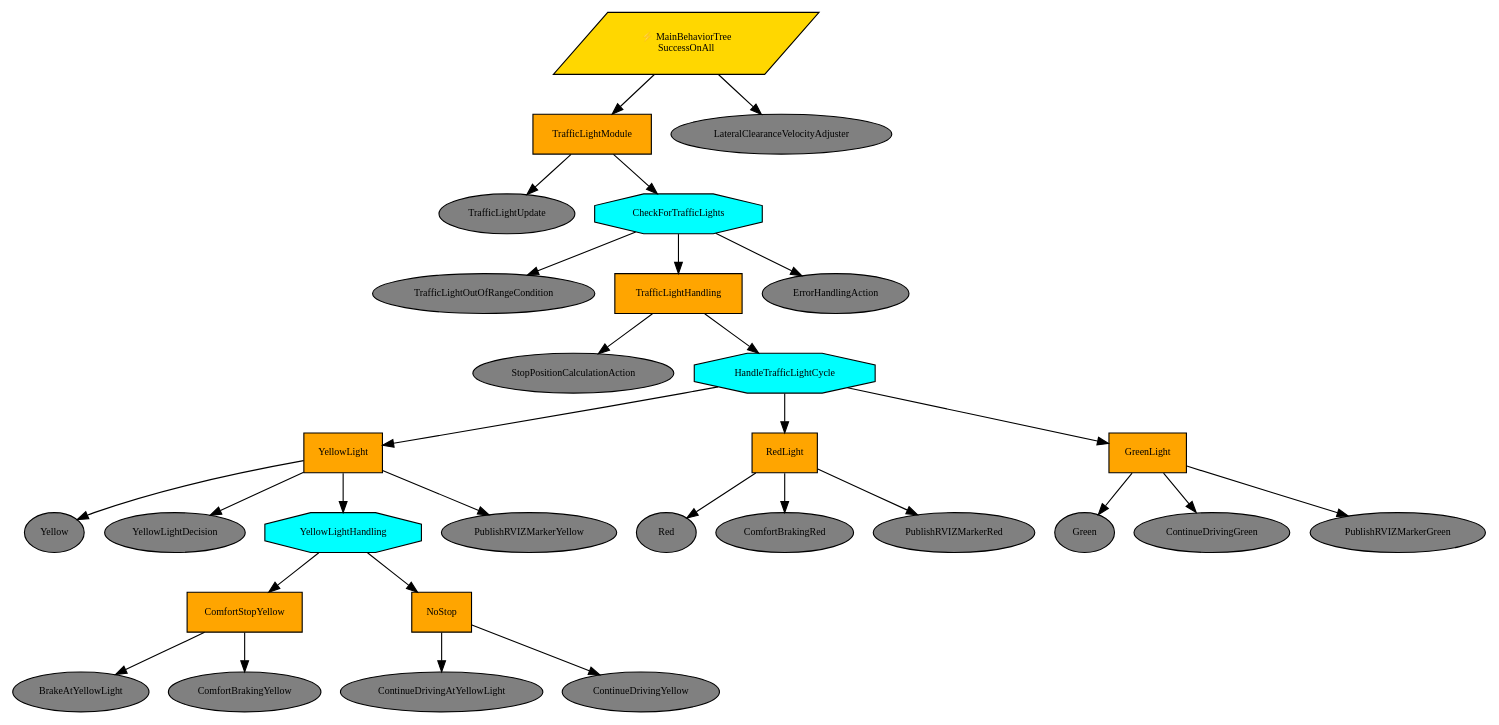
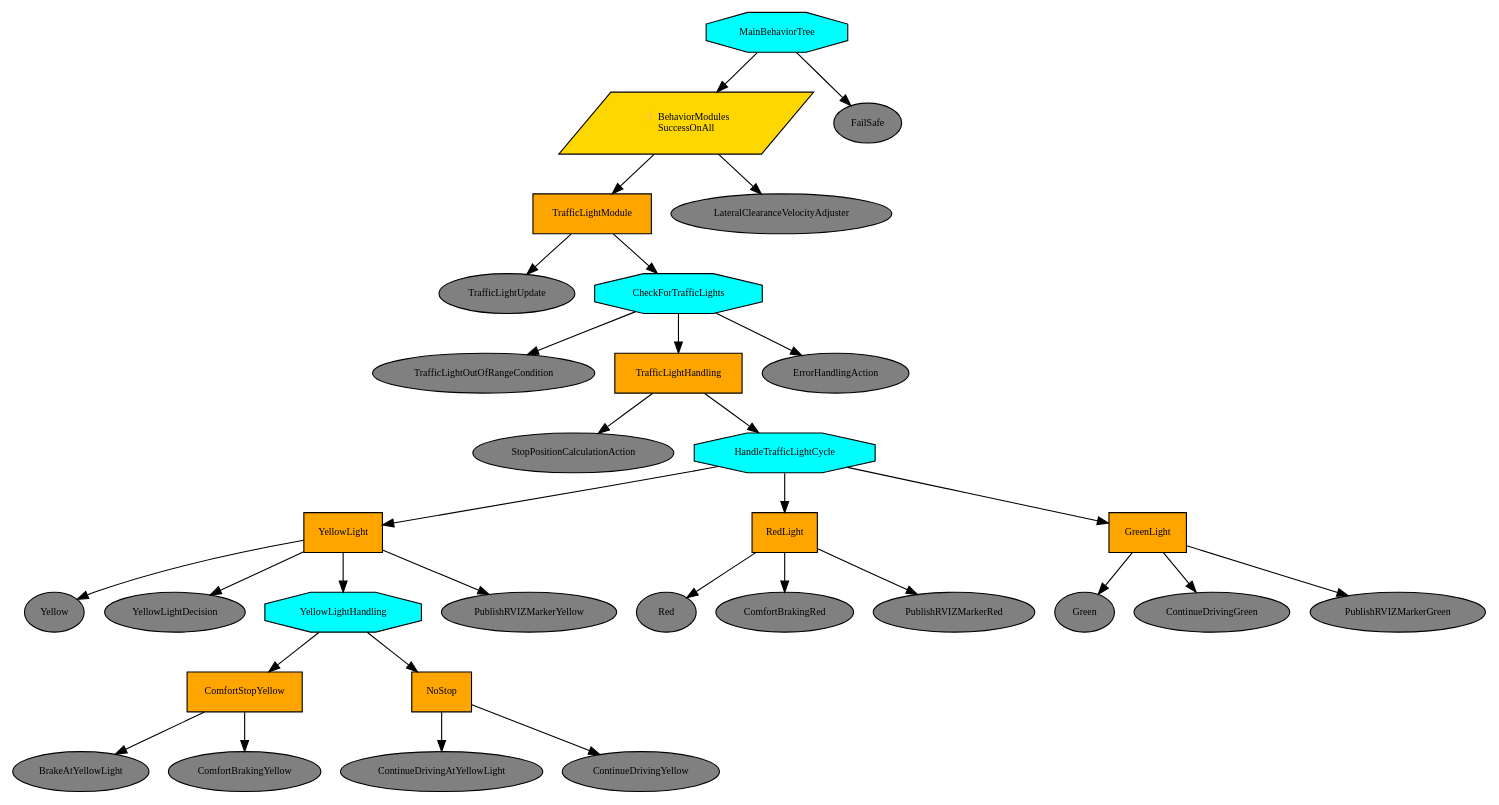
The diagram in src/cr2autoware/cr2autoware/interfaces/implementation/behavior_tree/output/behavior_tree/behavior_tree.dot (CommonRoad/commonroad-autoware-interface), drawn with Graphviz before and after one commit. The commit also changed 12 other files, not shown here.

Commit message:
add InteractiveFailSafe state for behavior planning

```diff
--- a/src/cr2autoware/cr2autoware/interfaces/implementation/behavior_tree/output/behavior_tree/behavior_tree.dot
+++ b/src/cr2autoware/cr2autoware/interfaces/implementation/behavior_tree/output/behavior_tree/behavior_tree.dot
@@ -1,63 +1,67 @@
 digraph pastafarianism {
 ordering=out;
 graph [fontname="times-roman"];
 node [fontname="times-roman"];
 edge [fontname="times-roman"];
-MainBehaviorTree [label="⚡ MainBehaviorTree\nSuccessOnAll", shape=parallelogram, style=filled, fillcolor=gold, fontsize=9, fontcolor=black];
+MainBehaviorTree [label=MainBehaviorTree, shape=octagon, style=filled, fillcolor=cyan, fontsize=9, fontcolor=black];
+BehaviorModules [label="⚡ BehaviorModules\nSuccessOnAll", shape=parallelogram, style=filled, fillcolor=gold, fontsize=9, fontcolor=black];
+MainBehaviorTree -> BehaviorModules;
 TrafficLightModule [label=TrafficLightModule, shape=box, style=filled, fillcolor=orange, fontsize=9, fontcolor=black];
-MainBehaviorTree -> TrafficLightModule;
+BehaviorModules -> TrafficLightModule;
 TrafficLightUpdate [label=TrafficLightUpdate, shape=ellipse, style=filled, fillcolor=gray, fontsize=9, fontcolor=black];
 TrafficLightModule -> TrafficLightUpdate;
 CheckForTrafficLights [label=CheckForTrafficLights, shape=octagon, style=filled, fillcolor=cyan, fontsize=9, fontcolor=black];
 TrafficLightModule -> CheckForTrafficLights;
 TrafficLightOutOfRangeCondition [label=TrafficLightOutOfRangeCondition, shape=ellipse, style=filled, fillcolor=gray, fontsize=9, fontcolor=black];
 CheckForTrafficLights -> TrafficLightOutOfRangeCondition;
 TrafficLightHandling [label=TrafficLightHandling, shape=box, style=filled, fillcolor=orange, fontsize=9, fontcolor=black];
 CheckForTrafficLights -> TrafficLightHandling;
 StopPositionCalculationAction [label=StopPositionCalculationAction, shape=ellipse, style=filled, fillcolor=gray, fontsize=9, fontcolor=black];
 TrafficLightHandling -> StopPositionCalculationAction;
 HandleTrafficLightCycle [label=HandleTrafficLightCycle, shape=octagon, style=filled, fillcolor=cyan, fontsize=9, fontcolor=black];
 TrafficLightHandling -> HandleTrafficLightCycle;
 YellowLight [label=YellowLight, shape=box, style=filled, fillcolor=orange, fontsize=9, fontcolor=black];
 HandleTrafficLightCycle -> YellowLight;
 Yellow [label=Yellow, shape=ellipse, style=filled, fillcolor=gray, fontsize=9, fontcolor=black];
 YellowLight -> Yellow;
 YellowLightDecision [label=YellowLightDecision, shape=ellipse, style=filled, fillcolor=gray, fontsize=9, fontcolor=black];
 YellowLight -> YellowLightDecision;
 YellowLightHandling [label=YellowLightHandling, shape=octagon, style=filled, fillcolor=cyan, fontsize=9, fontcolor=black];
 YellowLight -> YellowLightHandling;
 ComfortStopYellow [label=ComfortStopYellow, shape=box, style=filled, fillcolor=orange, fontsize=9, fontcolor=black];
 YellowLightHandling -> ComfortStopYellow;
 BrakeAtYellowLight [label=BrakeAtYellowLight, shape=ellipse, style=filled, fillcolor=gray, fontsize=9, fontcolor=black];
 ComfortStopYellow -> BrakeAtYellowLight;
 ComfortBrakingYellow [label=ComfortBrakingYellow, shape=ellipse, style=filled, fillcolor=gray, fontsize=9, fontcolor=black];
 ComfortStopYellow -> ComfortBrakingYellow;
 NoStop [label=NoStop, shape=box, style=filled, fillcolor=orange, fontsize=9, fontcolor=black];
 YellowLightHandling -> NoStop;
 ContinueDrivingAtYellowLight [label=ContinueDrivingAtYellowLight, shape=ellipse, style=filled, fillcolor=gray, fontsize=9, fontcolor=black];
 NoStop -> ContinueDrivingAtYellowLight;
 ContinueDrivingYellow [label=ContinueDrivingYellow, shape=ellipse, style=filled, fillcolor=gray, fontsize=9, fontcolor=black];
 NoStop -> ContinueDrivingYellow;
 PublishRVIZMarkerYellow [label=PublishRVIZMarkerYellow, shape=ellipse, style=filled, fillcolor=gray, fontsize=9, fontcolor=black];
 YellowLight -> PublishRVIZMarkerYellow;
 RedLight [label=RedLight, shape=box, style=filled, fillcolor=orange, fontsize=9, fontcolor=black];
 HandleTrafficLightCycle -> RedLight;
 Red [label=Red, shape=ellipse, style=filled, fillcolor=gray, fontsize=9, fontcolor=black];
 RedLight -> Red;
 ComfortBrakingRed [label=ComfortBrakingRed, shape=ellipse, style=filled, fillcolor=gray, fontsize=9, fontcolor=black];
 RedLight -> ComfortBrakingRed;
 PublishRVIZMarkerRed [label=PublishRVIZMarkerRed, shape=ellipse, style=filled, fillcolor=gray, fontsize=9, fontcolor=black];
 RedLight -> PublishRVIZMarkerRed;
 GreenLight [label=GreenLight, shape=box, style=filled, fillcolor=orange, fontsize=9, fontcolor=black];
 HandleTrafficLightCycle -> GreenLight;
 Green [label=Green, shape=ellipse, style=filled, fillcolor=gray, fontsize=9, fontcolor=black];
 GreenLight -> Green;
 ContinueDrivingGreen [label=ContinueDrivingGreen, shape=ellipse, style=filled, fillcolor=gray, fontsize=9, fontcolor=black];
 GreenLight -> ContinueDrivingGreen;
 PublishRVIZMarkerGreen [label=PublishRVIZMarkerGreen, shape=ellipse, style=filled, fillcolor=gray, fontsize=9, fontcolor=black];
 GreenLight -> PublishRVIZMarkerGreen;
 ErrorHandlingAction [label=ErrorHandlingAction, shape=ellipse, style=filled, fillcolor=gray, fontsize=9, fontcolor=black];
 CheckForTrafficLights -> ErrorHandlingAction;
 LateralClearanceVelocityAdjuster [label=LateralClearanceVelocityAdjuster, shape=ellipse, style=filled, fillcolor=gray, fontsize=9, fontcolor=black];
-MainBehaviorTree -> LateralClearanceVelocityAdjuster;
+BehaviorModules -> LateralClearanceVelocityAdjuster;
+FailSafe [label=FailSafe, shape=ellipse, style=filled, fillcolor=gray, fontsize=9, fontcolor=black];
+MainBehaviorTree -> FailSafe;
 }
```
